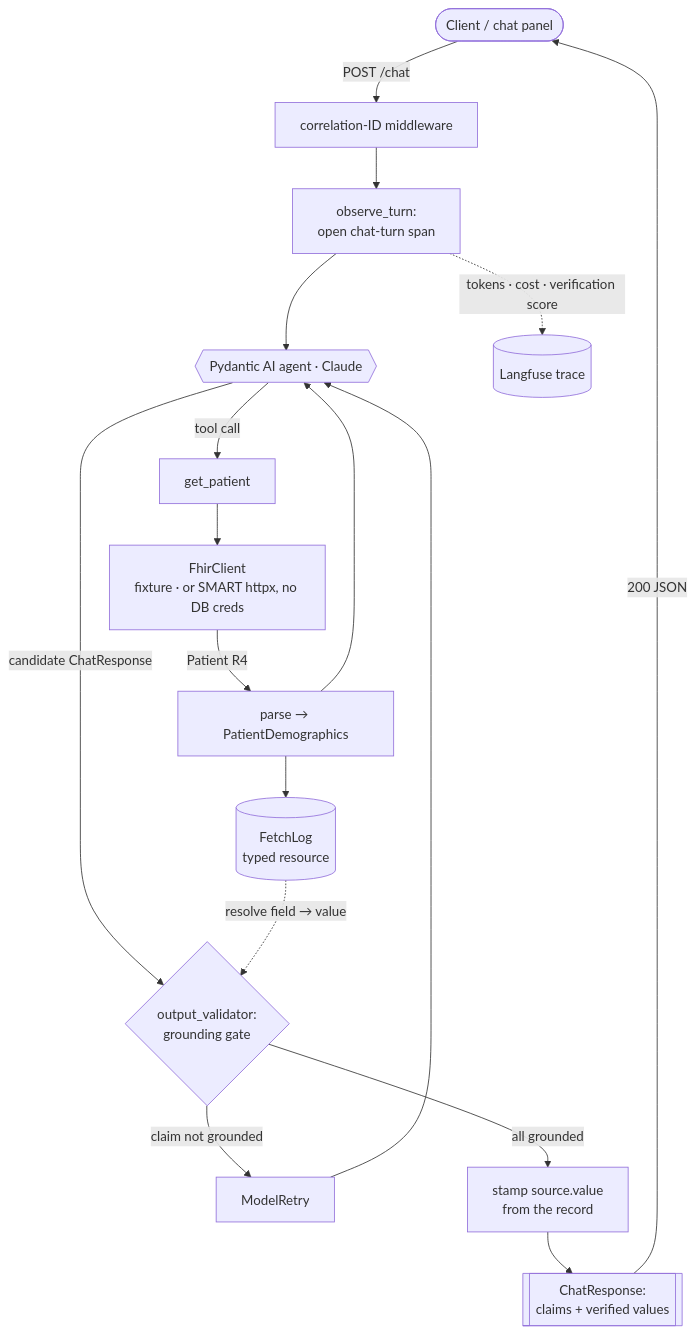
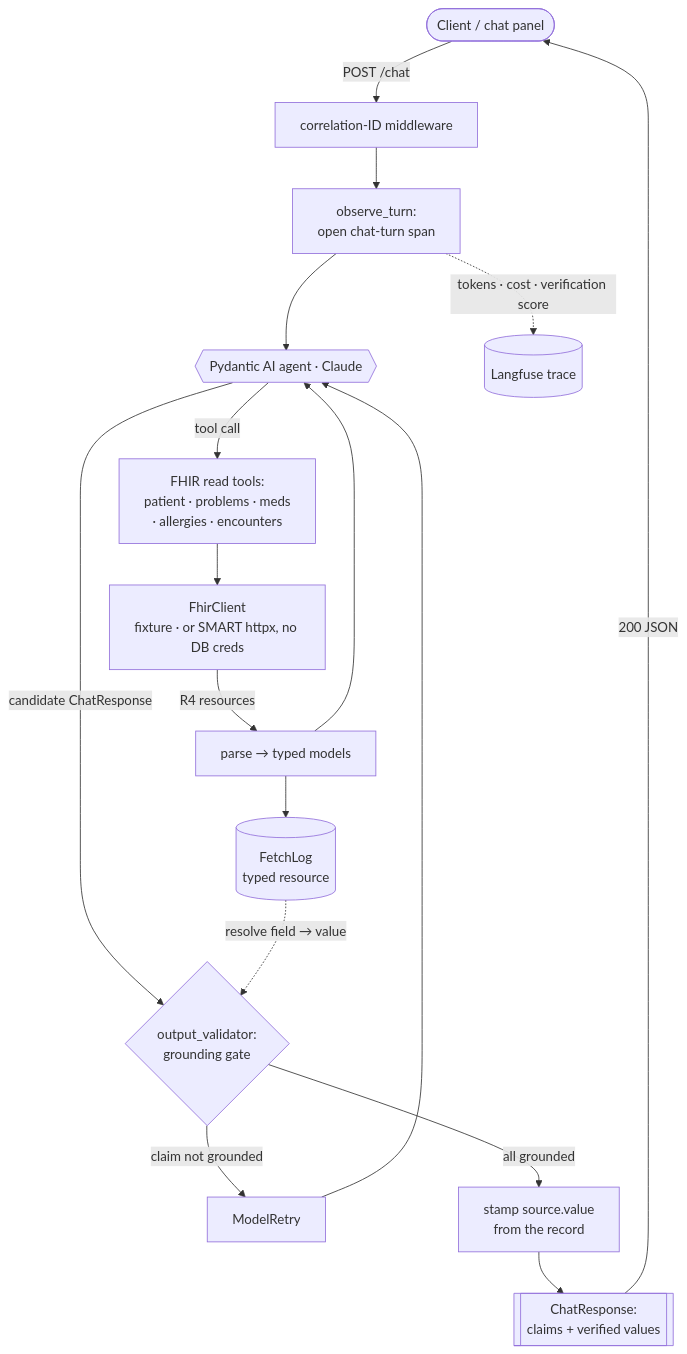
One commit to Josie29/openemr changed the diagram in agent/README.md. Above: the diagram before and after it, drawn with Mermaid. The commit also changed other lines of this file and 15 other files, not shown here.

First line of the commit message:
feat(agent): add FHIR read tools, per-request token, and UC-1 orientation

````diff
--- a/agent/README.md
+++ b/agent/README.md
@@ -19,21 +24,21 @@
 ```mermaid
 flowchart TD
     client([Client / chat panel]) -->|POST /chat| cid[correlation-ID middleware]
     cid --> obs[observe_turn:<br/>open chat-turn span]
     obs --> agent{{Pydantic AI agent · Claude}}
 
-    agent -->|tool call| tool[get_patient]
+    agent -->|tool call| tool[FHIR read tools:<br/>patient · problems · meds<br/>· allergies · encounters]
     tool --> fhir[FhirClient<br/>fixture · or SMART httpx, no DB creds]
-    fhir -->|Patient R4| parse[parse → PatientDemographics]
+    fhir -->|R4 resources| parse[parse → typed models]
     parse --> flog[(FetchLog<br/>typed resource)]
     parse --> agent
 
     agent -->|candidate ChatResponse| gate{output_validator:<br/>grounding gate}
     flog -. resolve field → value .-> gate
     gate -->|claim not grounded| retry[ModelRetry] --> agent
     gate -->|all grounded| stamp[stamp source.value<br/>from the record]
     stamp --> resp[[ChatResponse:<br/>claims + verified values]]
     resp -->|200 JSON| client
 
     obs -. tokens · cost · verification score .-> lf[(Langfuse trace)]
 ```
````
